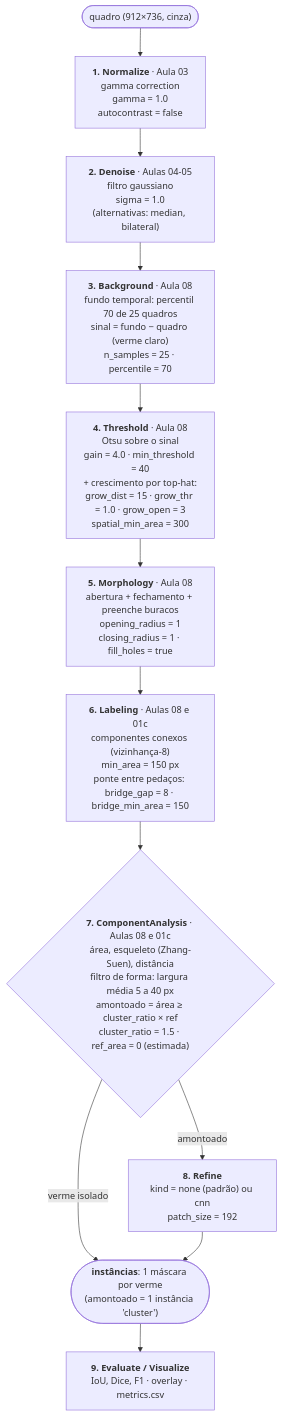
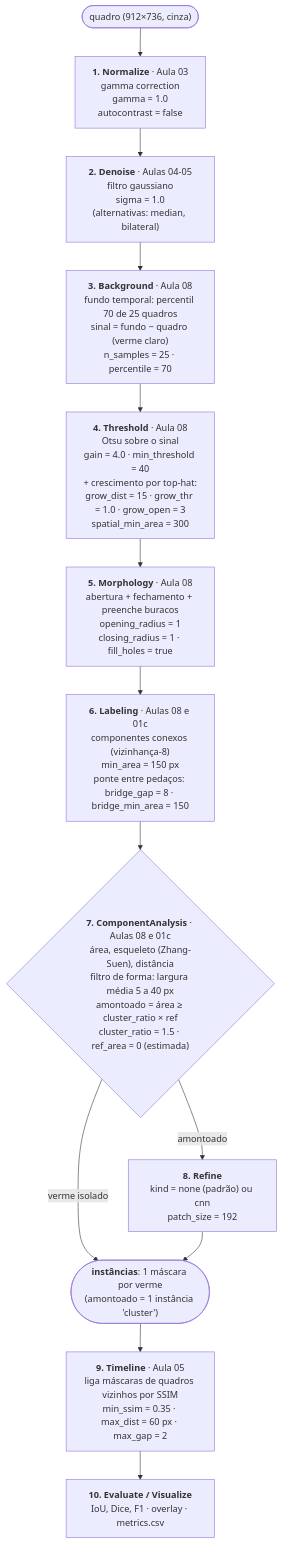
Before and after one commit to Nixxye/PDI-C.Elegans: the diagram in README.md, drawn with Mermaid. The commit also changed other lines of this file and 25 other files, not shown here.

````diff
--- a/README.md
+++ b/README.md
@@ -66,15 +66,16 @@
 ```mermaid
 flowchart TD
     A(["quadro (912×736, cinza)"]) --> B
     B["<b>1. Normalize</b> · Aula 03<br/>gamma correction<br/>gamma = 1.0<br/>autocontrast = false"]
     B --> C["<b>2. Denoise</b> · Aulas 04-05<br/>filtro gaussiano<br/>sigma = 1.0<br/>(alternativas: median, bilateral)"]
     C --> D["<b>3. Background</b> · Aula 08<br/>fundo temporal: percentil 70 de 25 quadros<br/>sinal = fundo − quadro (verme claro)<br/>n_samples = 25 · percentile = 70"]
     D --> E["<b>4. Threshold</b> · Aula 08<br/>Otsu sobre o sinal<br/>gain = 4.0 · min_threshold = 40<br/>+ crescimento por top-hat:<br/>grow_dist = 15 · grow_thr = 1.0 · grow_open = 3<br/>spatial_min_area = 300"]
     E --> F["<b>5. Morphology</b> · Aula 08<br/>abertura + fechamento + preenche buracos<br/>opening_radius = 1<br/>closing_radius = 1 · fill_holes = true"]
     F --> G["<b>6. Labeling</b> · Aulas 08 e 01c<br/>componentes conexos (vizinhança-8)<br/>min_area = 150 px<br/>ponte entre pedaços: bridge_gap = 8 · bridge_min_area = 150"]
     G --> H{"<b>7. ComponentAnalysis</b> · Aulas 08 e 01c<br/>área, esqueleto (Zhang-Suen), distância<br/>filtro de forma: largura média 5 a 40 px<br/>amontoado = área ≥ cluster_ratio × ref<br/>cluster_ratio = 1.5 · ref_area = 0 (estimada)"}
     H -- "verme isolado" --> O
     H -- "amontoado" --> R["<b>8. Refine</b><br/>kind = none (padrão) ou cnn<br/>patch_size = 192"]
     R --> O(["<b>instâncias</b>: 1 máscara por verme<br/>(amontoado = 1 instância 'cluster')"])
-    O --> S["<b>9. Evaluate / Visualize</b><br/>IoU, Dice, F1 · overlay · metrics.csv"]
+    O --> T["<b>9. Timeline</b> · Aula 05<br/>liga máscaras de quadros vizinhos por SSIM<br/>min_ssim = 0.35 · max_dist = 60 px · max_gap = 2"]
+    T --> S["<b>10. Evaluate / Visualize</b><br/>IoU, Dice, F1 · overlay · metrics.csv"]
 ```
````
